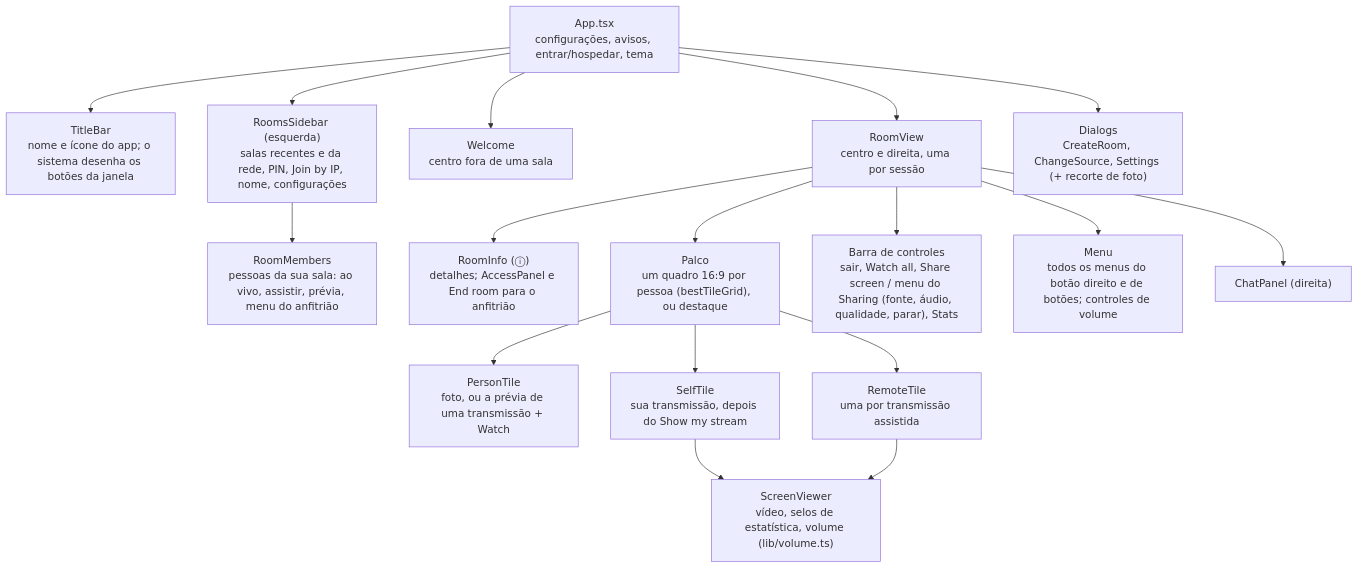
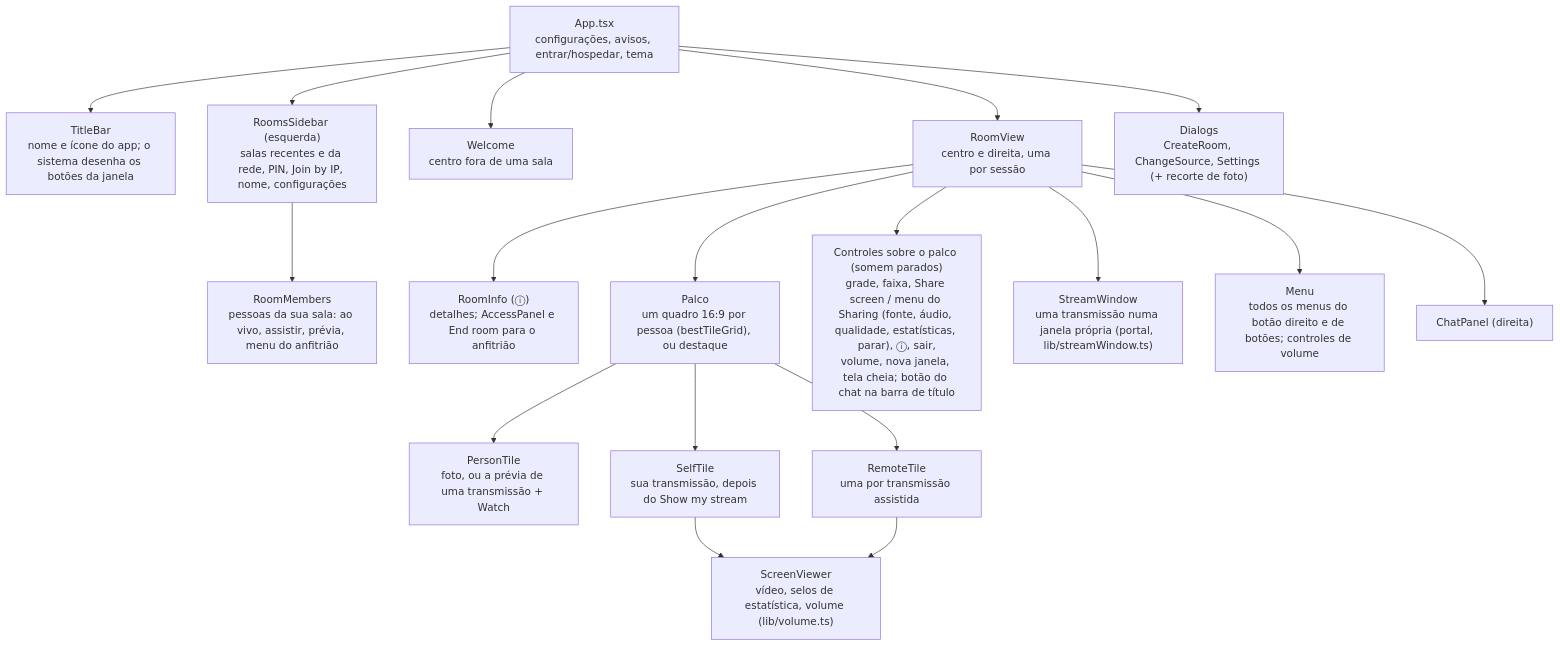
Before and after one commit to nsfxu/lan-screenshare: the fifth of 8 diagrams in docs/pt-BR/architecture.md, drawn with Mermaid. The commit also changed 14 other files, not shown here.

First line of the commit message:
Document the floating controls and the stream's own window

````diff
--- a/docs/pt-BR/architecture.md
+++ b/docs/pt-BR/architecture.md
@@ -272,20 +272,21 @@
 ```mermaid
 flowchart TB
   App["App.tsx<br/>configurações, avisos, entrar/hospedar, tema"]
   App --> Title["TitleBar<br/>nome e ícone do app; o sistema desenha os botões da janela"]
   App --> Rooms["RoomsSidebar (esquerda)<br/>salas recentes e da rede, PIN, Join by IP, nome, configurações"]
   Rooms --> Members["RoomMembers<br/>pessoas da sua sala: ao vivo, assistir, prévia, menu do anfitrião"]
   App --> Welcome["Welcome<br/>centro fora de uma sala"]
   App --> Room["RoomView<br/>centro e direita, uma por sessão"]
   App --> Dlg["Dialogs<br/>CreateRoom, ChangeSource, Settings (+ recorte de foto)"]
   Room --> Info["RoomInfo (ⓘ)<br/>detalhes; AccessPanel e End room para o anfitrião"]
   Room --> Stage["Palco<br/>um quadro 16:9 por pessoa (bestTileGrid), ou destaque"]
   Stage --> Person["PersonTile<br/>foto, ou a prévia de uma transmissão + Watch"]
   Stage --> Self["SelfTile<br/>sua transmissão, depois do Show my stream"]
   Stage --> Remote["RemoteTile<br/>uma por transmissão assistida"]
   Self --> SV["ScreenViewer<br/>vídeo, selos de estatística, volume (lib/volume.ts)"]
   Remote --> SV
-  Room --> Bar["Barra de controles<br/>sair, Watch all, Share screen / menu do Sharing (fonte, áudio, qualidade, parar), Stats"]
+  Room --> Bar["Controles sobre o palco (somem parados)<br/>grade, faixa, Share screen / menu do Sharing (fonte, áudio, qualidade, estatísticas, parar), ⓘ, sair,<br/>volume, nova janela, tela cheia; botão do chat na barra de título"]
+  Room --> SW["StreamWindow<br/>uma transmissão numa janela própria (portal, lib/streamWindow.ts)"]
   Room --> Menu["Menu<br/>todos os menus do botão direito e de botões; controles de volume"]
   Room --> Chat["ChatPanel (direita)"]
 ```
````
